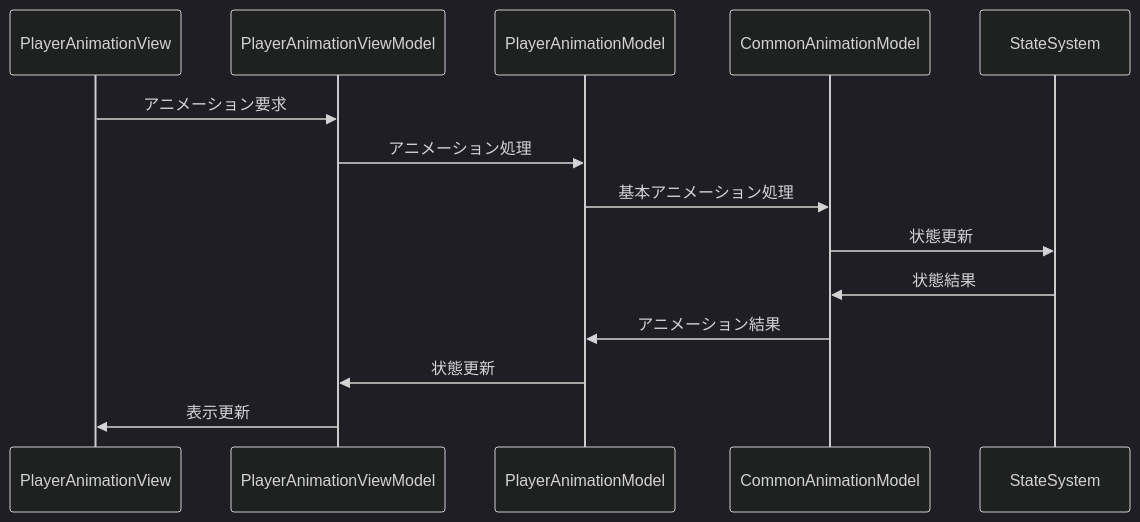
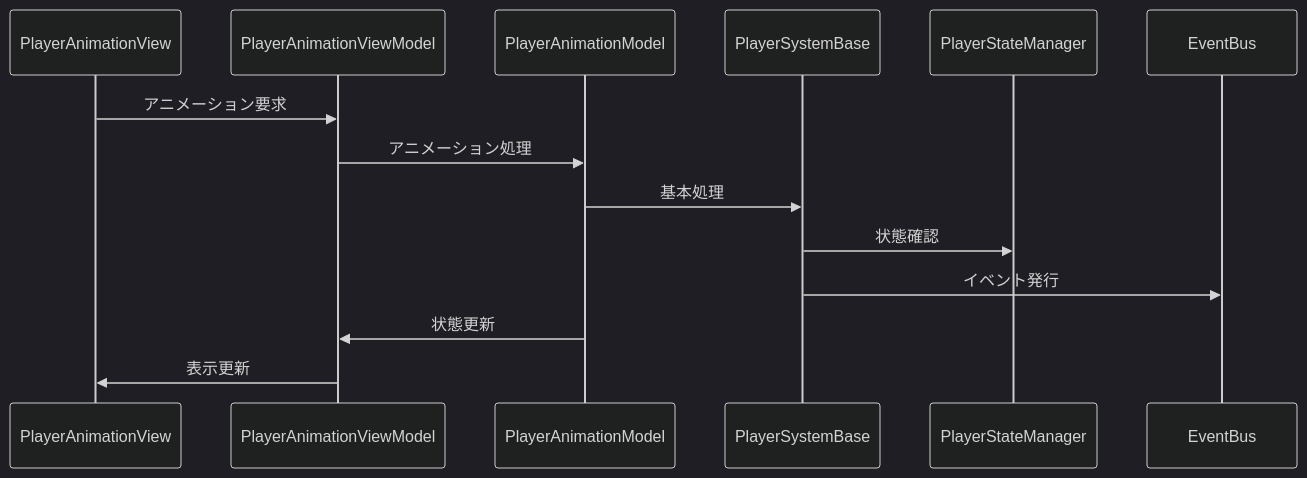
The second of 2 diagrams in Docs/10_CoreDocs/12_Architecture/12_03_detailed_design/02_systems/01_player_system/04_animation_system.md (nel2116/GodotGame), drawn with Mermaid (dark theme) before and after one commit. The commit also changed other lines of this file and 5 other files, not shown here.

````diff
--- a/Docs/10_CoreDocs/12_Architecture/12_03_detailed_design/02_systems/01_player_system/04_animation_system.md
+++ b/Docs/10_CoreDocs/12_Architecture/12_03_detailed_design/02_systems/01_player_system/04_animation_system.md
@@ -87,17 +90,17 @@
 ```mermaid
 sequenceDiagram
     participant View as PlayerAnimationView
     participant ViewModel as PlayerAnimationViewModel
     participant Model as PlayerAnimationModel
-    participant Common as CommonAnimationModel
-    participant State as StateSystem
+    participant Base as PlayerSystemBase
+    participant State as PlayerStateManager
+    participant Event as EventBus
 
     View->>ViewModel: アニメーション要求
     ViewModel->>Model: アニメーション処理
-    Model->>Common: 基本アニメーション処理
-    Common->>State: 状態更新
-    State->>Common: 状態結果
-    Common->>Model: アニメーション結果
+    Model->>Base: 基本処理
+    Base->>State: 状態確認
+    Base->>Event: イベント発行
     Model->>ViewModel: 状態更新
     ViewModel->>View: 表示更新
 ```
````
